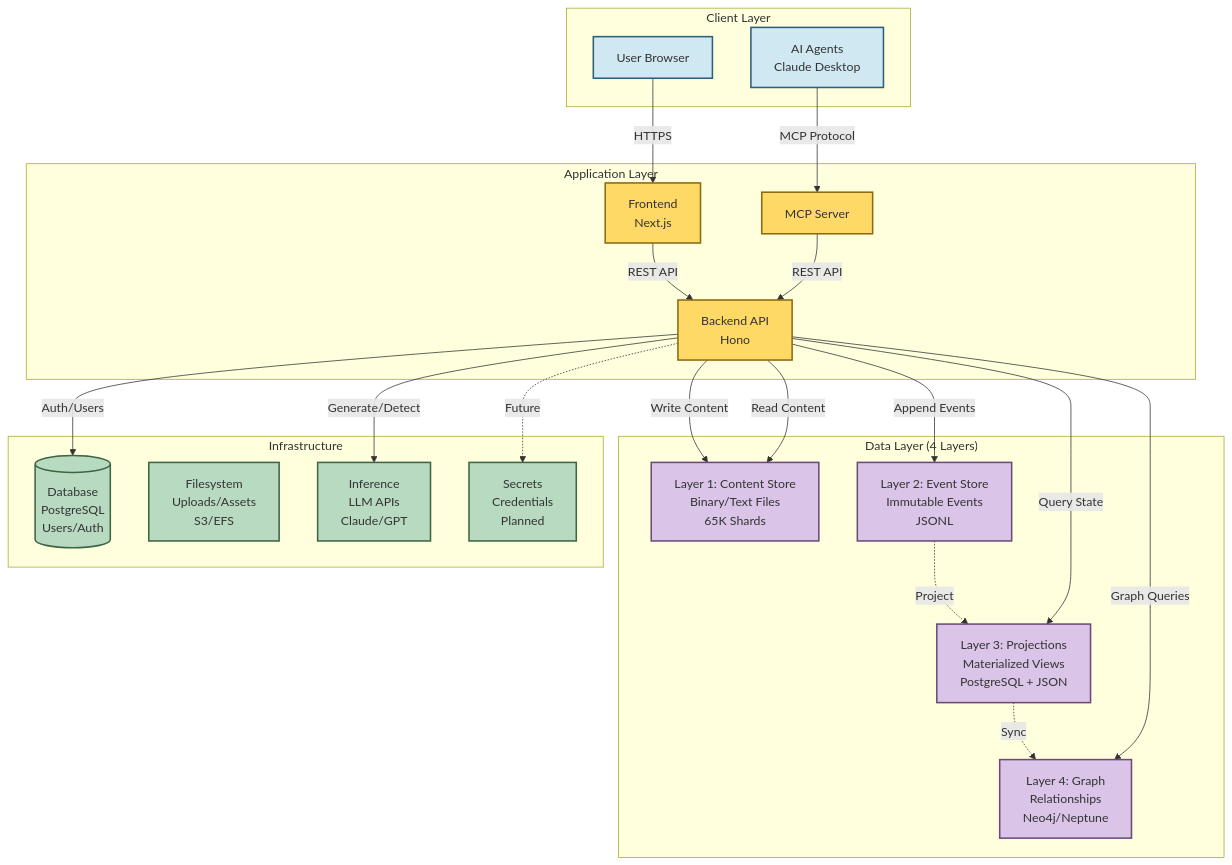
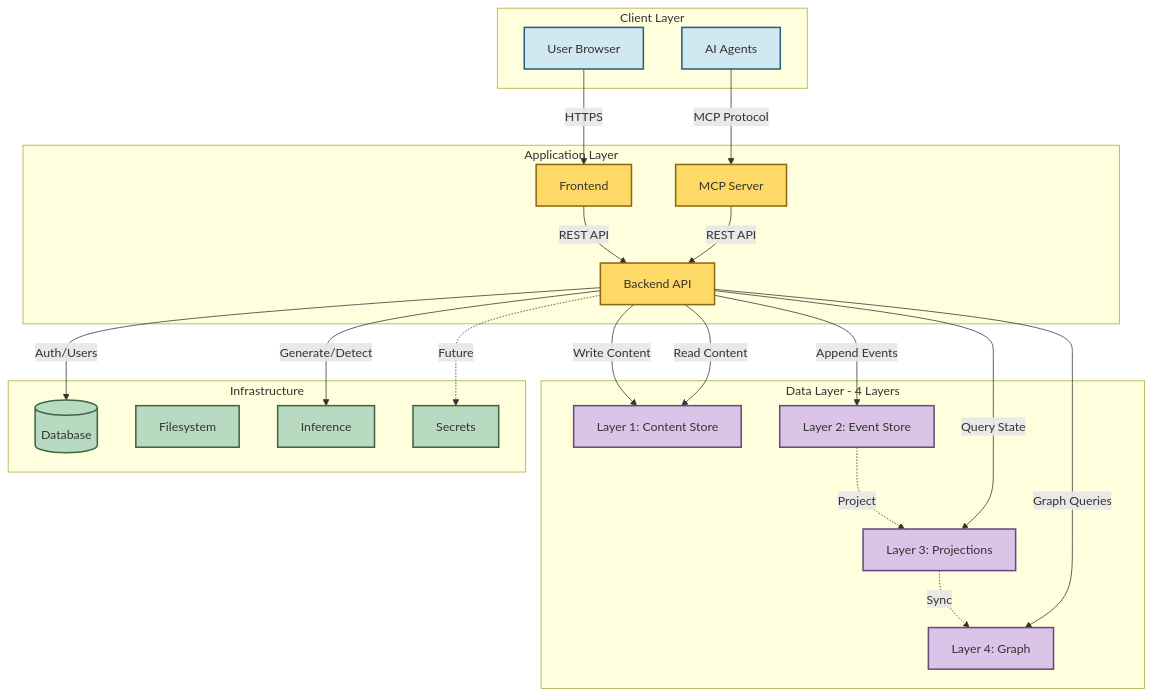
One commit to The-AI-Alliance/semiont changed the diagram in docs/ARCHITECTURE.md. Above: the diagram before and after it, drawn with Mermaid. The commit also changed other lines of this file, not shown here.

Commit message:
simplify labels

````diff
--- a/docs/ARCHITECTURE.md
+++ b/docs/ARCHITECTURE.md
@@ -23,64 +23,64 @@
 ```mermaid
 graph TB
     subgraph "Client Layer"
         USER[User Browser]
-        AI[AI Agents<br/>Claude Desktop]
+        AI[AI Agents]
     end
 
     subgraph "Application Layer"
-        FE[Frontend<br/>Next.js]
-        BE[Backend API<br/>Hono]
+        FE[Frontend]
+        BE[Backend API]
         MCP[MCP Server]
     end
 
-    subgraph "Data Layer (4 Layers)"
-        L1[Layer 1: Content Store<br/>Binary/Text Files<br/>65K Shards]
-        L2[Layer 2: Event Store<br/>Immutable Events<br/>JSONL]
-        L3[Layer 3: Projections<br/>Materialized Views<br/>PostgreSQL + JSON]
-        L4[Layer 4: Graph<br/>Relationships<br/>Neo4j/Neptune]
+    subgraph "Data Layer - 4 Layers"
+        L1[Layer 1: Content Store]
+        L2[Layer 2: Event Store]
+        L3[Layer 3: Projections]
+        L4[Layer 4: Graph]
     end
 
     subgraph "Infrastructure"
-        DB[(Database<br/>PostgreSQL<br/>Users/Auth)]
-        FS[Filesystem<br/>Uploads/Assets<br/>S3/EFS]
-        INF[Inference<br/>LLM APIs<br/>Claude/GPT]
-        SEC[Secrets<br/>Credentials<br/>Planned]
+        DB[(Database)]
+        FS[Filesystem]
+        INF[Inference]
+        SEC[Secrets]
     end
 
     %% Client connections
     USER -->|HTTPS| FE
     AI -->|MCP Protocol| MCP
 
     %% Application layer
     FE -->|REST API| BE
     MCP -->|REST API| BE
 
     %% Backend to data layers (write path)
     BE -->|Write Content| L1
     BE -->|Append Events| L2
     BE -->|Auth/Users| DB
 
     %% Event-driven flow
     L2 -.->|Project| L3
     L3 -.->|Sync| L4
 
     %% Backend reads
     BE -->|Read Content| L1
     BE -->|Query State| L3
     BE -->|Graph Queries| L4
 
     %% External services
     BE -->|Generate/Detect| INF
     BE -.->|Future| SEC
 
     %% Styling - colors chosen for readability in both light and dark modes
     classDef client fill:#d0e8f2,stroke:#2c5f7a,stroke-width:2px
     classDef app fill:#ffd966,stroke:#8b6914,stroke-width:2px
     classDef data fill:#dac4e8,stroke:#6b4a7a,stroke-width:2px
     classDef infra fill:#b8dac0,stroke:#3d6644,stroke-width:2px
 
     class USER,AI client
     class FE,BE,MCP app
     class L1,L2,L3,L4 data
     class DB,FS,INF,SEC infra
 ```
````
